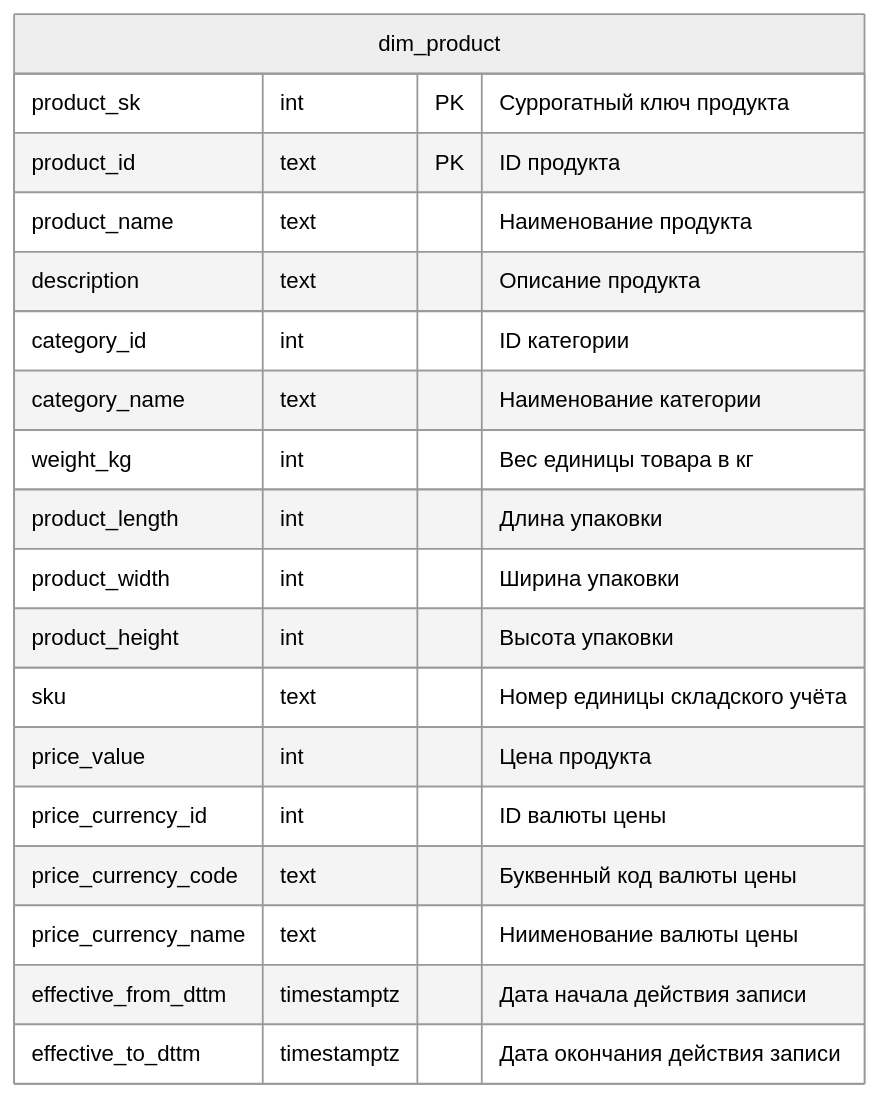
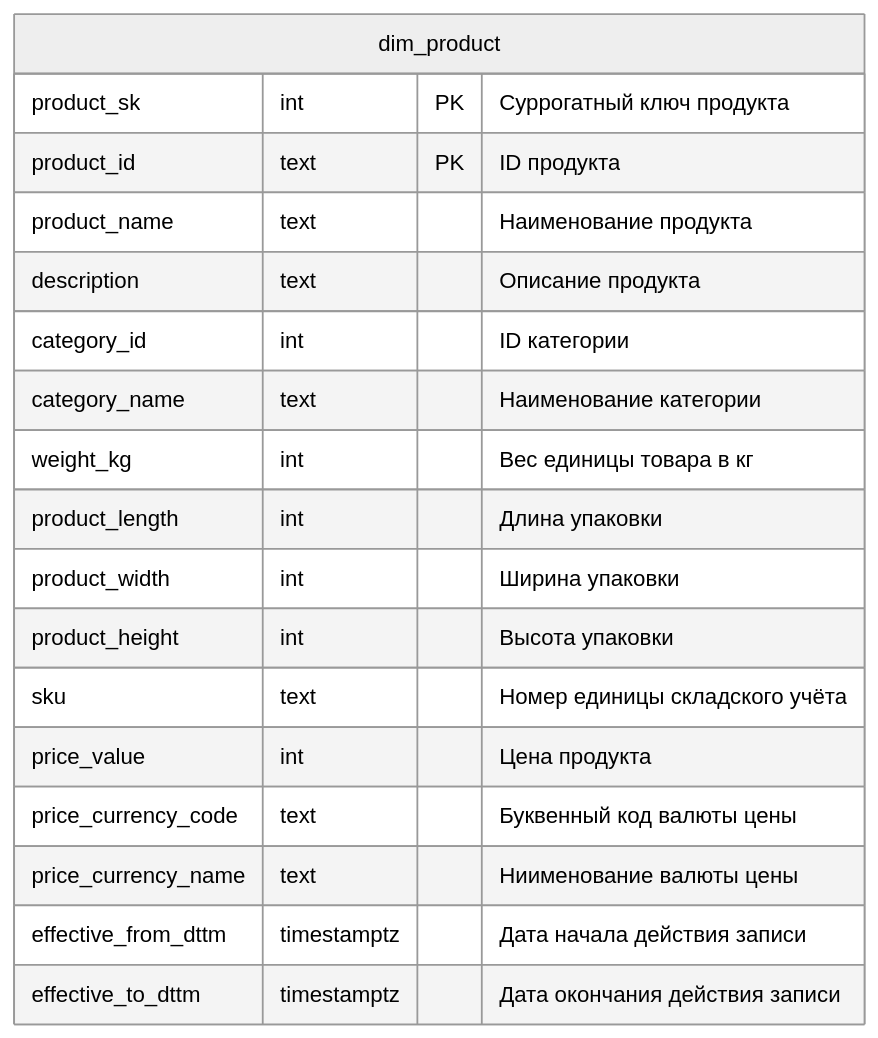
One commit to vgorbikov/dq-practice changed the third of 9 diagrams in docs/db_schema/Базовые ввитрины.md. Above: the diagram before and after it, drawn with Mermaid (neutral theme). The commit also changed other lines of this file and 2 other files, not shown here.

Commit message:
fix db-schema

````diff
--- a/docs/db_schema/Базовые ввитрины.md
+++ b/docs/db_schema/Базовые ввитрины.md
@@ -73,23 +73,22 @@
 ```mermaid
 erDiagram
 
 dim_product {
     product_sk int PK "Суррогатный ключ продукта"
     product_id text PK "ID продукта"
     product_name text "Наименование продукта"
     description text "Описание продукта"
     category_id int "ID категории"
     category_name text "Наименование категории"
     weight_kg int "Вес единицы товара в кг"
     product_length int "Длина упаковки"
     product_width int "Ширина упаковки"
     product_height int "Высота упаковки"
     sku text "Номер единицы складского учёта"
     price_value int "Цена продукта"
-    price_currency_id int "ID валюты цены"
     price_currency_code text "Буквенный код валюты цены"
     price_currency_name text "Ниименование валюты цены"
     effective_from_dttm timestamptz "Дата начала действия записи"
     effective_to_dttm timestamptz "Дата окончания действия записи"
 }
 ```
````
